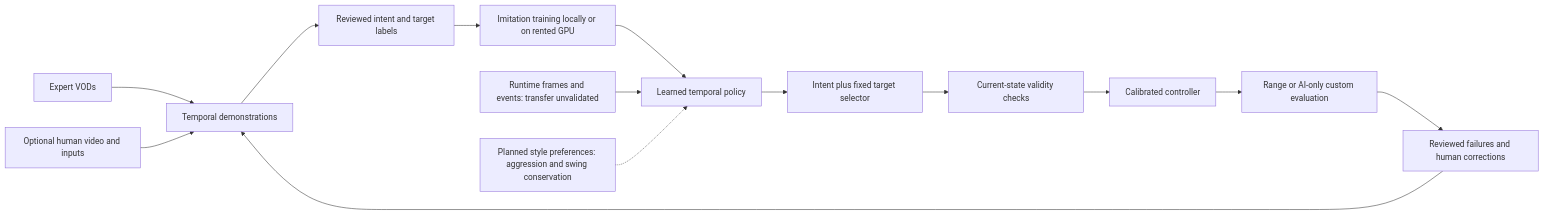
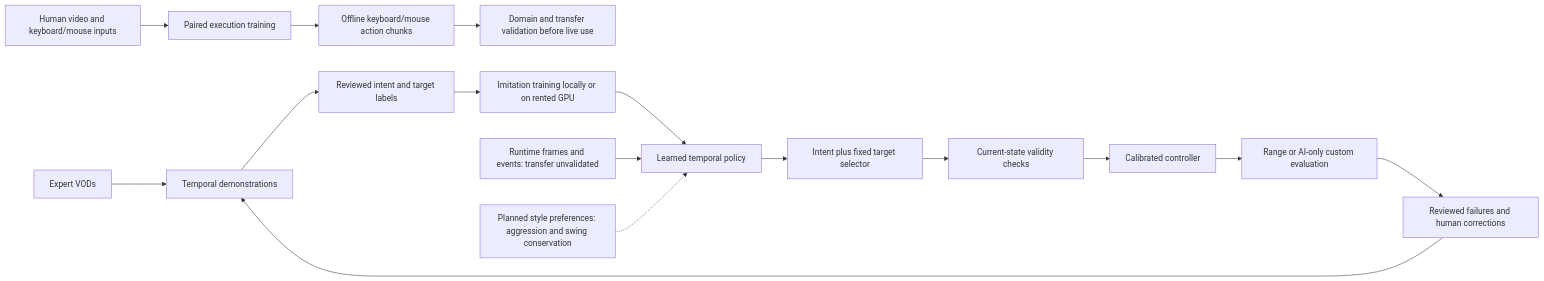
One commit to Volpestyle/rivals-agent changed the third of 3 diagrams in docs/learning-plan.md. Above: the diagram before and after it, drawn with Mermaid. The commit also changed other lines of this file and 12 other files, not shown here.

Commit message:
Add reviewed human keyboard mouse learning pipeline

````diff
--- a/docs/learning-plan.md
+++ b/docs/learning-plan.md
@@ -1888,16 +1934,18 @@
 ```mermaid
 flowchart LR
     V[Expert VODs] --> D[Temporal demonstrations]
-    H[Optional human video and inputs] --> D
+    H[Human video and keyboard/mouse inputs] --> X[Paired execution training]
+    X --> K[Offline keyboard/mouse action chunks]
+    K --> A[Domain and transfer validation before live use]
     D --> L[Reviewed intent and target labels]
     L --> T[Imitation training locally or on rented GPU]
     T --> P[Learned temporal policy]
     F[Runtime frames and events: transfer unvalidated] --> P
     S[Planned style preferences: aggression and swing conservation] -.-> P
     P --> I[Intent plus fixed target selector]
     I --> G[Current-state validity checks]
     G --> C[Calibrated controller]
     C --> E[Range or AI-only custom evaluation]
     E --> R[Reviewed failures and human corrections]
     R --> D
 ```
````
